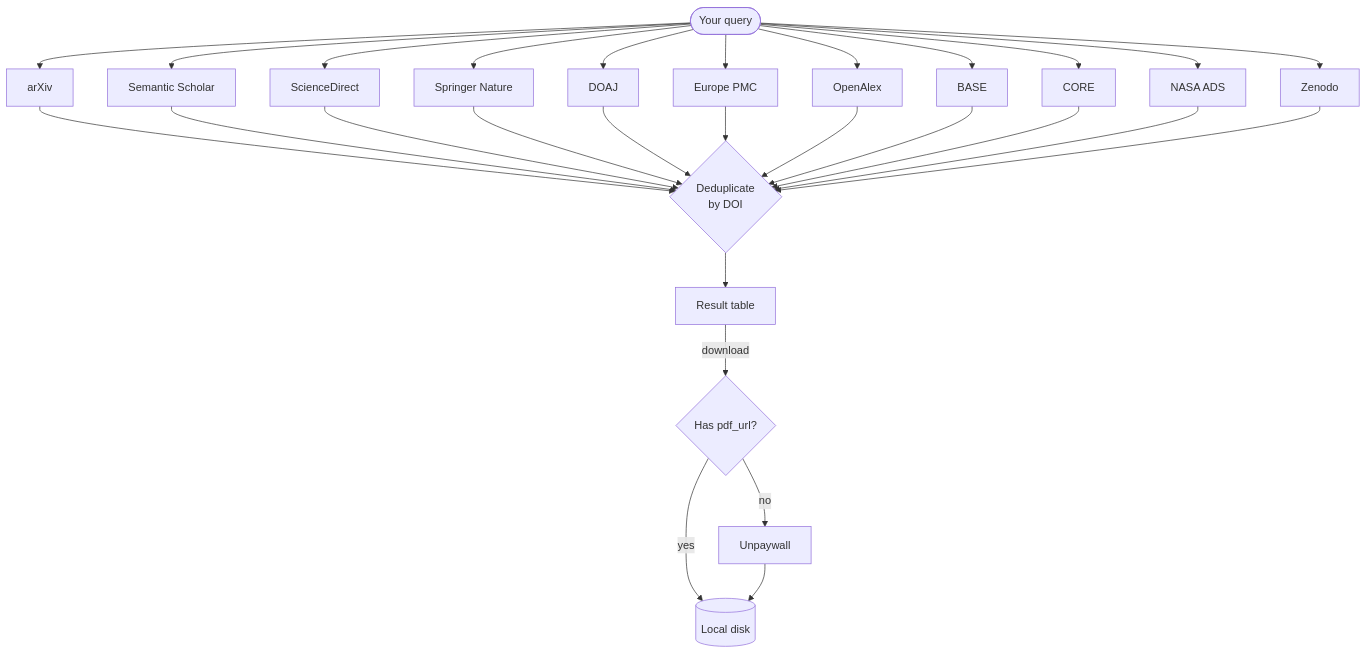
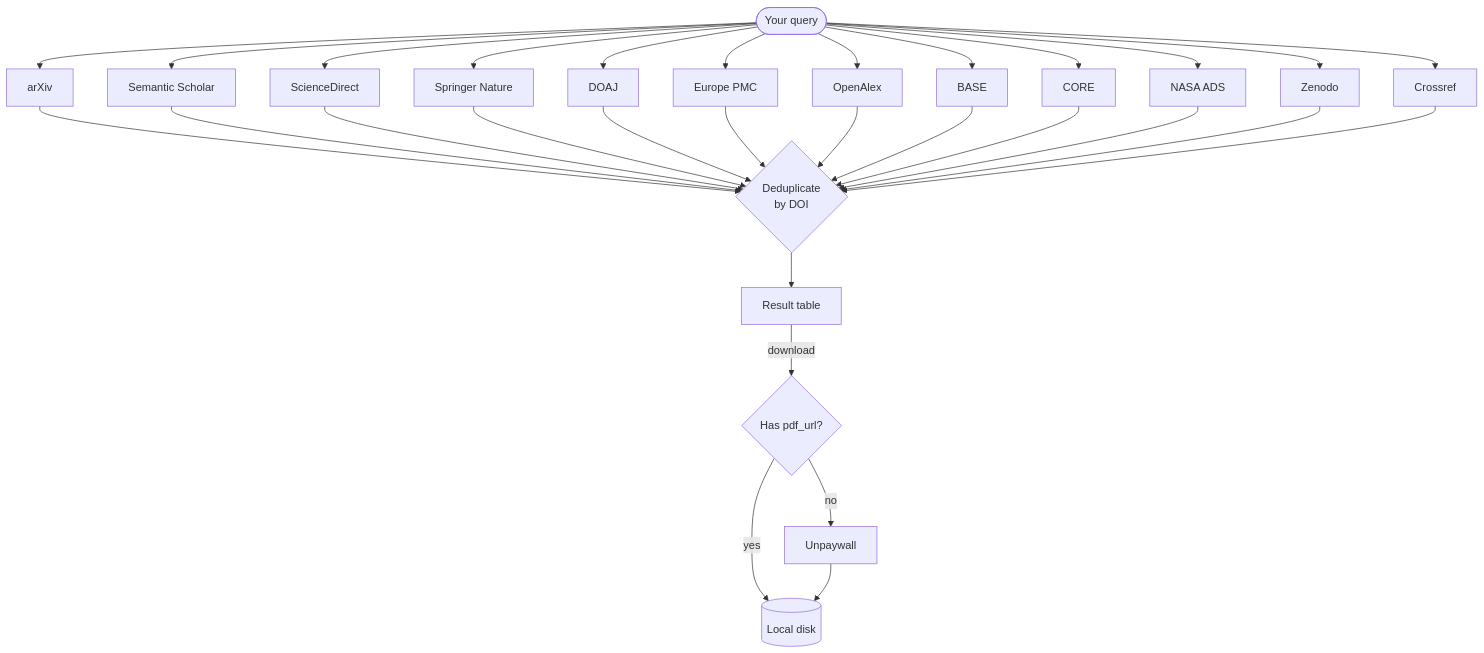
The diagram in docs/guide/sources.md (szaghi/mosaic), drawn with Mermaid before and after one commit. The commit also changed other lines of this file and 12 other files, not shown here.

````diff
--- a/docs/guide/sources.md
+++ b/docs/guide/sources.md
@@ -9,20 +9,21 @@
 ```mermaid
 flowchart TD
     Q([Your query]) --> A[arXiv]
     Q --> B[Semantic Scholar]
     Q --> C[ScienceDirect]
     Q --> SP[Springer Nature]
     Q --> D[DOAJ]
     Q --> E[Europe PMC]
     Q --> F[OpenAlex]
     Q --> G[BASE]
     Q --> H[CORE]
     Q --> N[NASA ADS]
     Q --> Z[Zenodo]
-    A & B & C & SP & D & E & F & G & H & N & Z --> I{Deduplicate\nby DOI}
+    Q --> CR[Crossref]
+    A & B & C & SP & D & E & F & G & H & N & Z & CR --> I{Deduplicate\nby DOI}
     I --> J[Result table]
     J -->|download| K{Has pdf_url?}
     K -- yes --> L[(Local disk)]
     K -- no --> M[Unpaywall]
     M --> L
 ```
````
